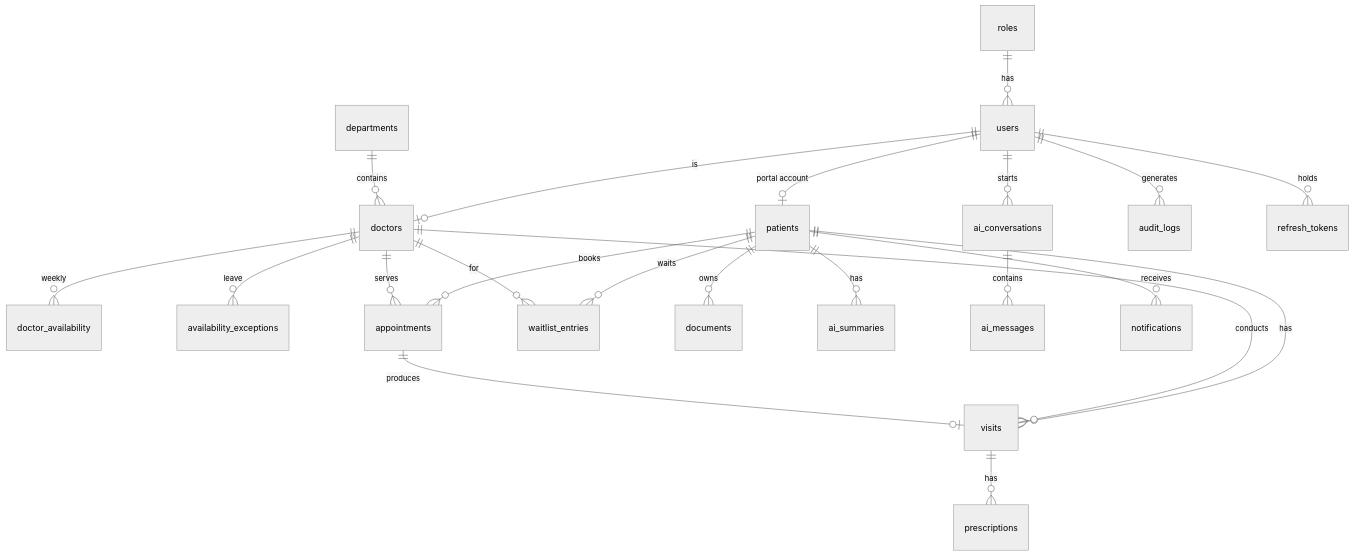
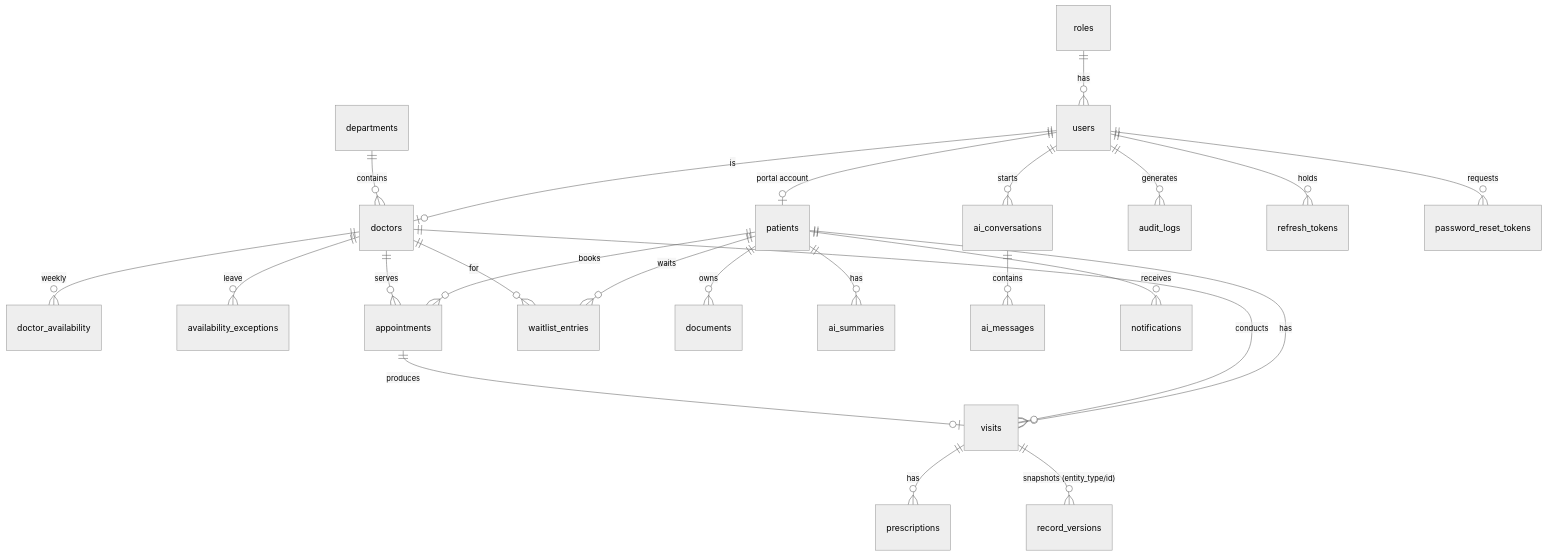
The second of 2 diagrams in docs/ARCHITECTURE.md (GreenMarioh/hospital-ai-assistant), drawn with Mermaid (neutral theme) before and after one commit. The commit also changed other lines of this file and 13 other files, not shown here.

Commit message:
docs: runbook, user guide, demo, architecture, README; deploy/backup scripts tested locally

````diff
--- a/docs/ARCHITECTURE.md
+++ b/docs/ARCHITECTURE.md
@@ -15,24 +34,26 @@
 ```mermaid
 erDiagram
   roles ||--o{ users : has
   users ||--o| patients : "portal account"
   users ||--o| doctors : "is"
   departments ||--o{ doctors : contains
   doctors ||--o{ doctor_availability : weekly
   doctors ||--o{ availability_exceptions : leave
   patients ||--o{ appointments : books
   doctors ||--o{ appointments : serves
   patients ||--o{ waitlist_entries : waits
   doctors ||--o{ waitlist_entries : for
   patients ||--o{ visits : has
   doctors ||--o{ visits : conducts
   appointments ||--o| visits : produces
   visits ||--o{ prescriptions : has
   patients ||--o{ documents : owns
   patients ||--o{ ai_summaries : has
   users ||--o{ ai_conversations : starts
   ai_conversations ||--o{ ai_messages : contains
   patients ||--o{ notifications : receives
   users ||--o{ audit_logs : generates
   users ||--o{ refresh_tokens : holds
+  users ||--o{ password_reset_tokens : requests
+  visits ||--o{ record_versions : "snapshots (entity_type/id)"
 ```
````
